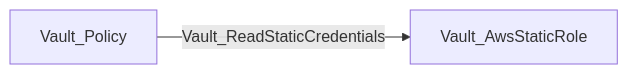
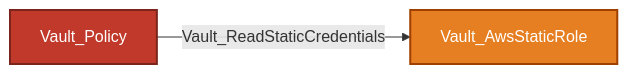
One commit to bytewreck/opengraph-vault changed the fourth of 29 diagrams in Documentation/stores/MOUNTS.md. Above: the diagram before and after it, drawn with Mermaid. The commit also changed other lines of this file and 4 other files, not shown here.

````diff
--- a/Documentation/stores/MOUNTS.md
+++ b/Documentation/stores/MOUNTS.md
@@ -142,4 +155,7 @@
 ```mermaid
 flowchart LR
-    policy[Vault_Policy] -->|Vault_ReadStaticCredentials| role[Vault_AwsStaticRole]
+    policy[Vault_Policy]:::policyNode -->|Vault_ReadStaticCredentials| role[Vault_AwsStaticRole]:::secretObjectNode
+
+    classDef policyNode fill:#C0392B,color:#fff,stroke:#7B241C,stroke-width:2px
+    classDef secretObjectNode fill:#E67E22,color:#fff,stroke:#A04000,stroke-width:2px
 ```
````
